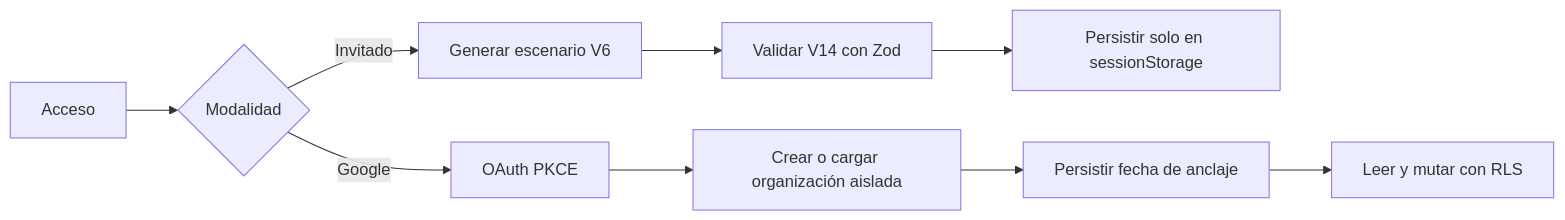
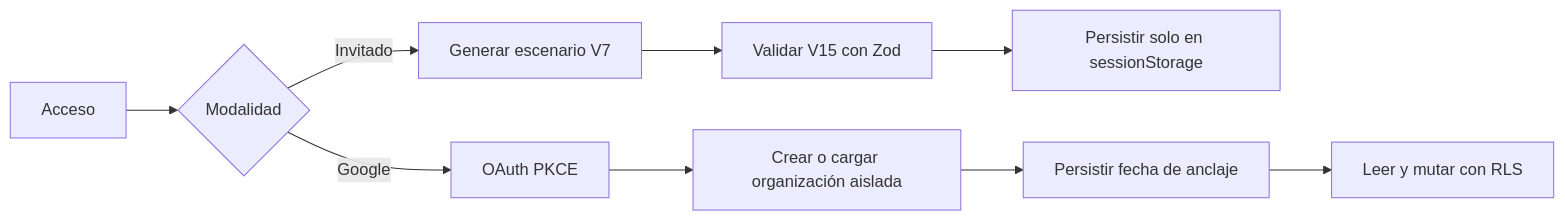
The third of 9 diagrams in docs/TECHNICAL-CASE-STUDY.md (antoniojesusdelgado/management-platform-demo), drawn with Mermaid before and after one commit. The commit also changed other lines of this file and 43 other files, not shown here.

````diff
--- a/docs/TECHNICAL-CASE-STUDY.md
+++ b/docs/TECHNICAL-CASE-STUDY.md
@@ -97,11 +97,11 @@
 ```mermaid
 flowchart LR
   start["Acceso"] --> choice{"Modalidad"}
-  choice -->|Invitado| generate["Generar escenario V6"]
-  generate --> validate["Validar V14 con Zod"]
+  choice -->|Invitado| generate["Generar escenario V7"]
+  generate --> validate["Validar V15 con Zod"]
   validate --> session["Persistir solo en sessionStorage"]
   choice -->|Google| pkce["OAuth PKCE"]
   pkce --> provision["Crear o cargar organización aislada"]
   provision --> anchor["Persistir fecha de anclaje"]
   anchor --> rls["Leer y mutar con RLS"]
 ```
````
